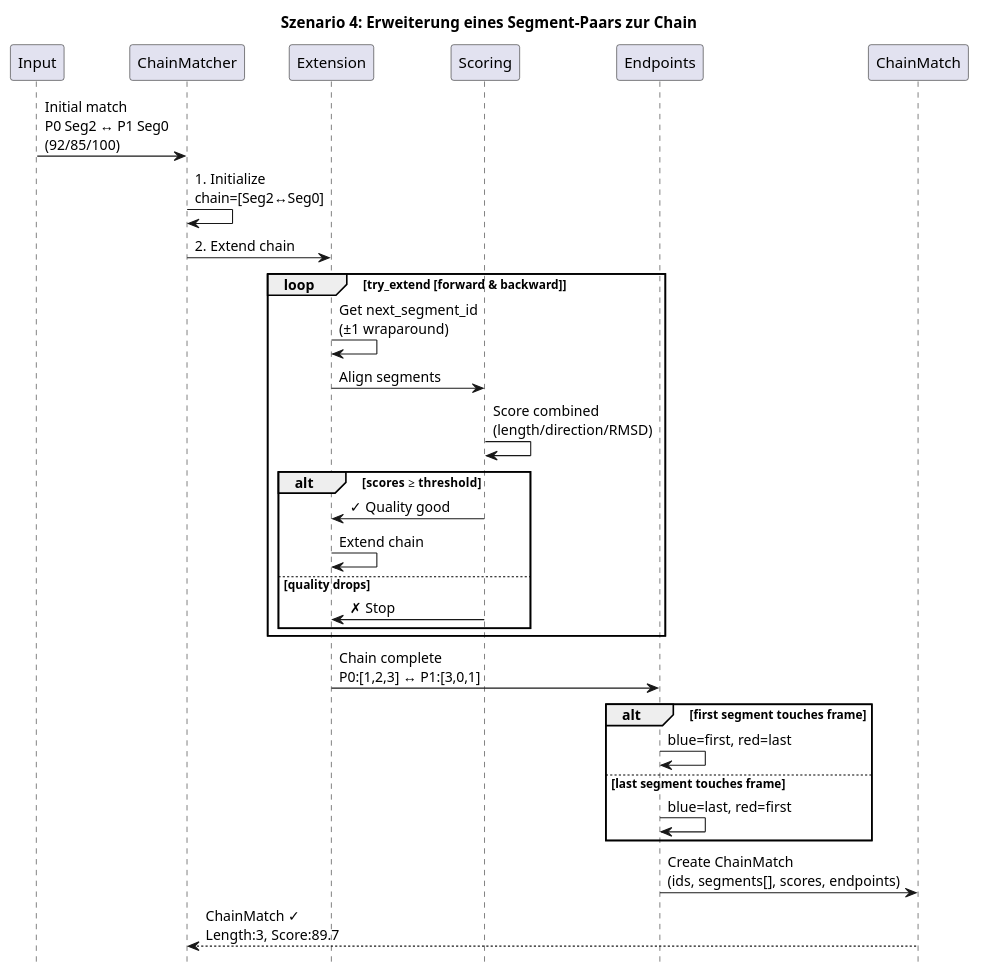
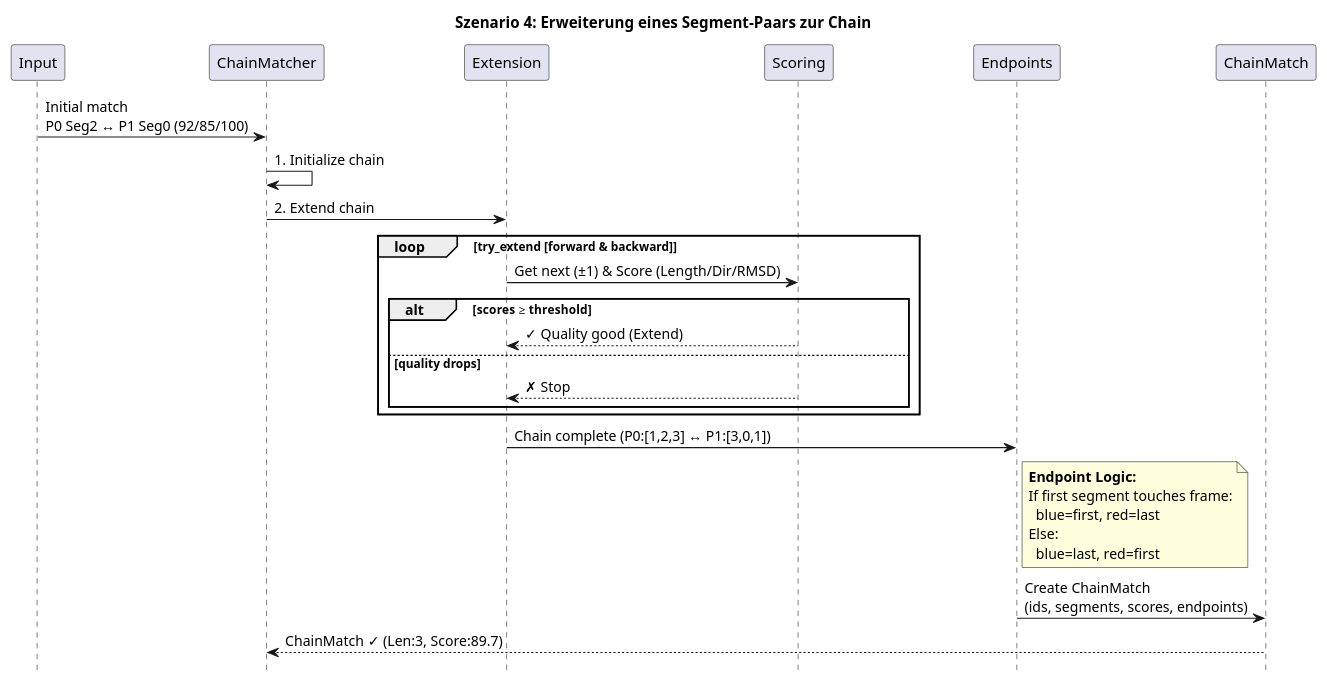
The diagram in diagrams/szenario4-progressive-chain-building.puml (PrenTeam3/simulator-v2), drawn with PlantUML before and after one commit. The commit also changed 4 other files, not shown here.

Commit message:
updated diagramm

```diff
--- a/diagrams/szenario4-progressive-chain-building.puml
+++ b/diagrams/szenario4-progressive-chain-building.puml
@@ -1,44 +1,50 @@
 @startuml
 title Szenario 4: Erweiterung eines Segment-Paars zur Chain
 
+' Breite erzwingen
+skinparam ParticipantPadding 60
+skinparam BoxPadding 10
 hide footbox
 
 participant "Input" as IN
 participant "ChainMatcher" as CM
 participant "Extension" as EXT
 participant "Scoring" as SC
 participant "Endpoints" as EP
 participant "ChainMatch" as OUT
 
-IN -> CM: Initial match\nP0 Seg2 ↔ P1 Seg0\n(92/85/100)
+IN -> CM: Initial match\nP0 Seg2 ↔ P1 Seg0 (92/85/100)
 
-CM -> CM: 1. Initialize\nchain=[Seg2↔Seg0]
+CM -> CM: 1. Initialize chain
 
 CM -> EXT: 2. Extend chain
 
 loop try_extend [forward & backward]
-    EXT -> EXT: Get next_segment_id\n(±1 wraparound)
-    EXT -> SC: Align segments
-    SC -> SC: Score combined\n(length/direction/RMSD)
+    ' Schritt: Zusammenfassung von Get Next & Align & Score in einem Call
+    EXT -> SC: Get next (±1) & Score (Length/Dir/RMSD)
 
+    ' Die Entscheidung visualisieren wir kompakt
     alt scores ≥ threshold
-        SC -> EXT: ✓ Quality good
-        EXT -> EXT: Extend chain
+        SC --> EXT: ✓ Quality good (Extend)
     else quality drops
-        SC -> EXT: ✗ Stop
+        SC --> EXT: ✗ Stop
     end
 end
 
-EXT -> EP: Chain complete\nP0:[1,2,3] ↔ P1:[3,0,1]
+EXT -> EP: Chain complete (P0:[1,2,3] ↔ P1:[3,0,1])
 
-alt first segment touches frame
-    EP -> EP: blue=first, red=last
-else last segment touches frame
-    EP -> EP: blue=last, red=first
-end
+' HIER SPAREN WIR PLATZ:
+' Der Alt-Block für die Dot-Zuweisung wird zur Notiz
+note right of EP
+  **Endpoint Logic:**
+  If first segment touches frame:
+    blue=first, red=last
+  Else:
+    blue=last, red=first
+end note
 
-EP -> OUT: Create ChainMatch\n(ids, segments[], scores, endpoints)
+EP -> OUT: Create ChainMatch\n(ids, segments, scores, endpoints)
 
-OUT --> CM: ChainMatch ✓\nLength:3, Score:89.7
+OUT --> CM: ChainMatch ✓ (Len:3, Score:89.7)
 
 @enduml
```
